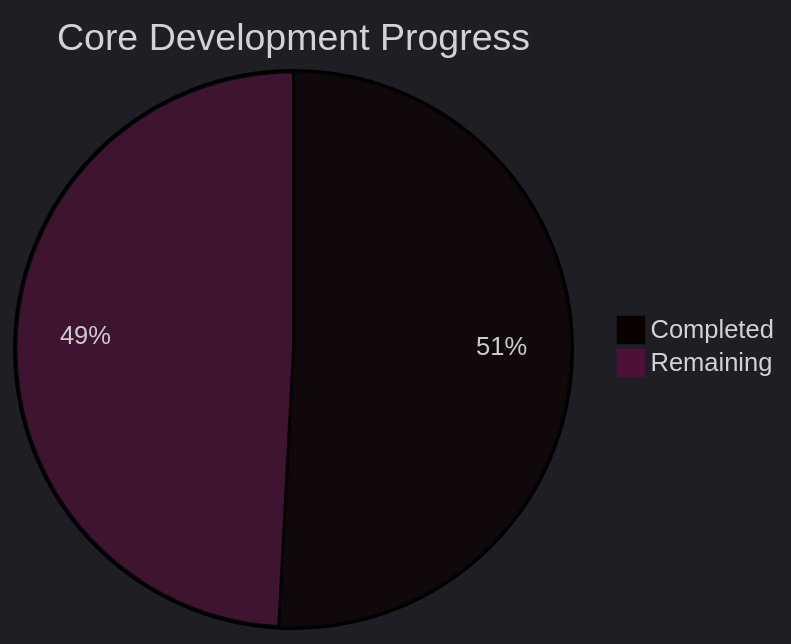
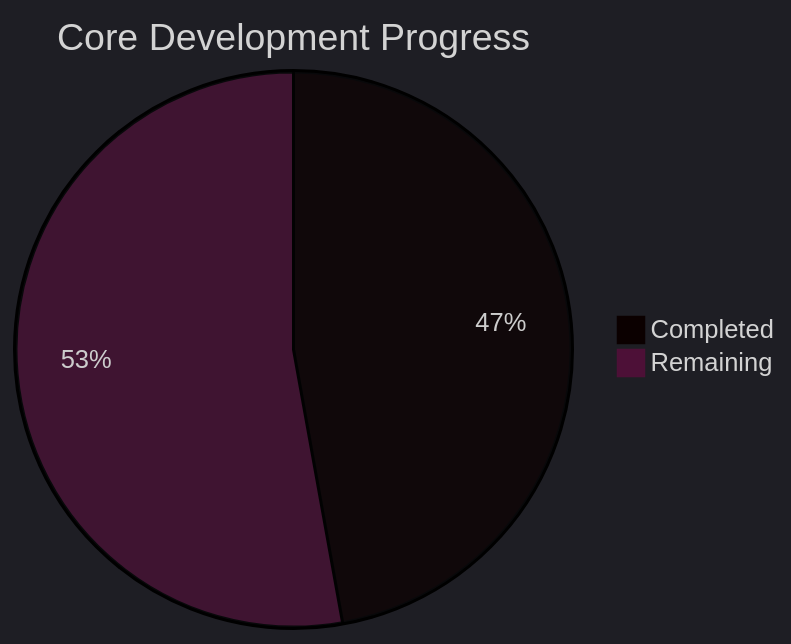
Before and after one commit to Neogleamz/SK8Lytz: the first of 5 diagrams in tools/SK8Lytz_Bucket_List.md, drawn with Mermaid. The commit also changed other lines of this file, not shown here.

````diff
--- a/tools/SK8Lytz_Bucket_List.md
+++ b/tools/SK8Lytz_Bucket_List.md
@@ -9,6 +9,6 @@
 ```mermaid
 %%{init: {'theme': 'dark'}}%%
 pie title Core Development Progress
-  "Completed" : 30
-  "Remaining" : 29
+  "Completed" : 25
+  "Remaining" : 28
 ```
````
